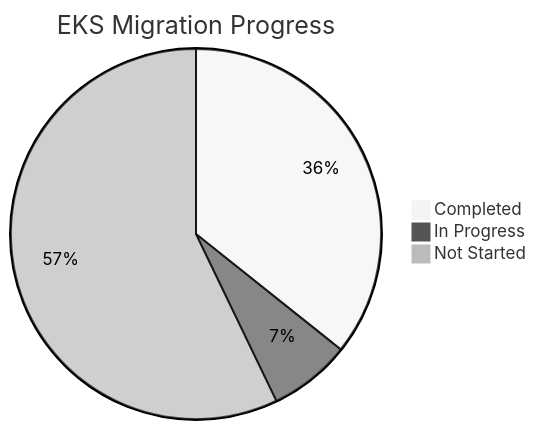
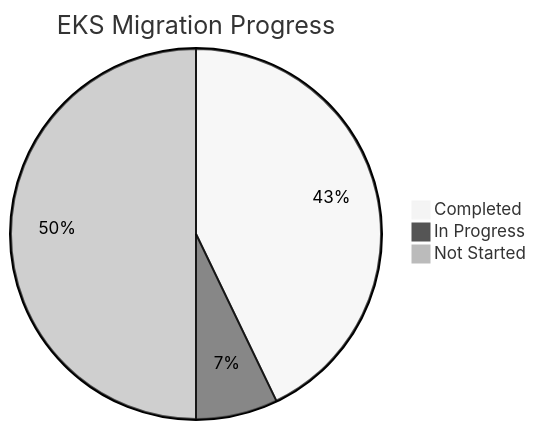
One commit to yoonsoo-park/k8s-n8n-nabi changed the first of 3 diagrams in memory-bank/tasks.md. Above: the diagram before and after it, drawn with Mermaid (neutral theme). The commit also changed other lines of this file, not shown here.

First line of the commit message:
docs: Update task progress after n8n Helm chart creation

````diff
--- a/memory-bank/tasks.md
+++ b/memory-bank/tasks.md
@@ -367,6 +368,6 @@
 ```mermaid
 pie title EKS Migration Progress
-    "Completed" : 5
+    "Completed" : 6
     "In Progress" : 1
-    "Not Started" : 8
+    "Not Started" : 7
 ```
````
